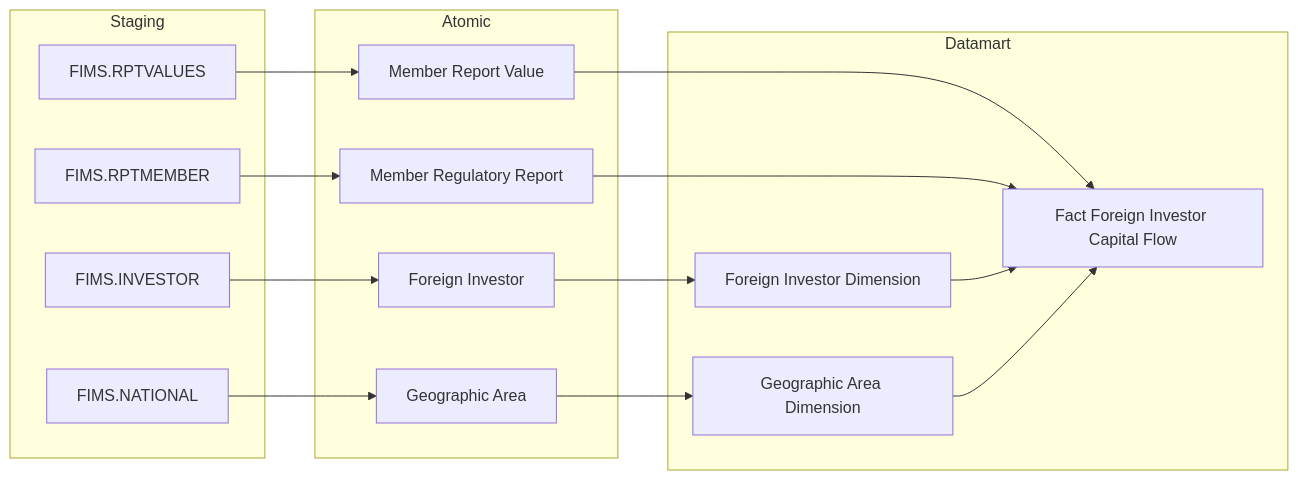
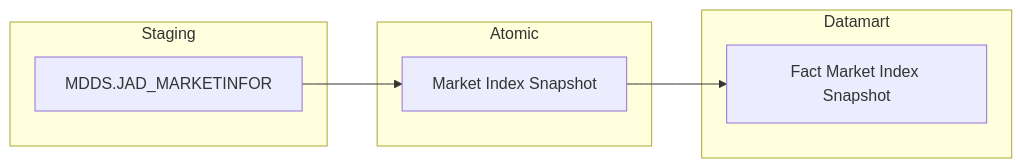
One commit to linhlvit/ubck_atomic_design changed the fifth of 28 diagrams in Datamart/hld/DTM_NDTNN_HLD.md. Above: the diagram before and after it, drawn with Mermaid. The commit also changed other lines of this file and 9 other files, not shown here.

````diff
--- a/Datamart/hld/DTM_NDTNN_HLD.md
+++ b/Datamart/hld/DTM_NDTNN_HLD.md
@@ -174,35 +184,18 @@
 ```mermaid
 flowchart LR
     subgraph SRC["Staging"]
-        S1["FIMS.RPTVALUES"]
-        S2["FIMS.RPTMEMBER"]
-        S3["FIMS.INVESTOR"]
-        S4["FIMS.NATIONAL"]
+        S1["MDDS.JAD_MARKETINFOR"]
     end
 
     subgraph SIL["Atomic"]
-        SV1["Member Report Value"]
-        SV2["Member Regulatory Report"]
-        SV3["Foreign Investor"]
-        SV4["Geographic Area"]
+        SV1["Market Index Snapshot"]
     end
 
     subgraph Datamart["Datamart"]
-        G2["Foreign Investor Dimension"]
-        G3["Geographic Area Dimension"]
-        G1["Fact Foreign Investor Capital Flow"]
+        G1["Fact Market Index Snapshot"]
     end
 
     S1 --> SV1
-    S2 --> SV2
-    S3 --> SV3
-    S4 --> SV4
 
     SV1 --> G1
-    SV2 --> G1
-    SV3 --> G2
-    SV4 --> G3
-
-    G2 --> G1
-    G3 --> G1
 ```
````
